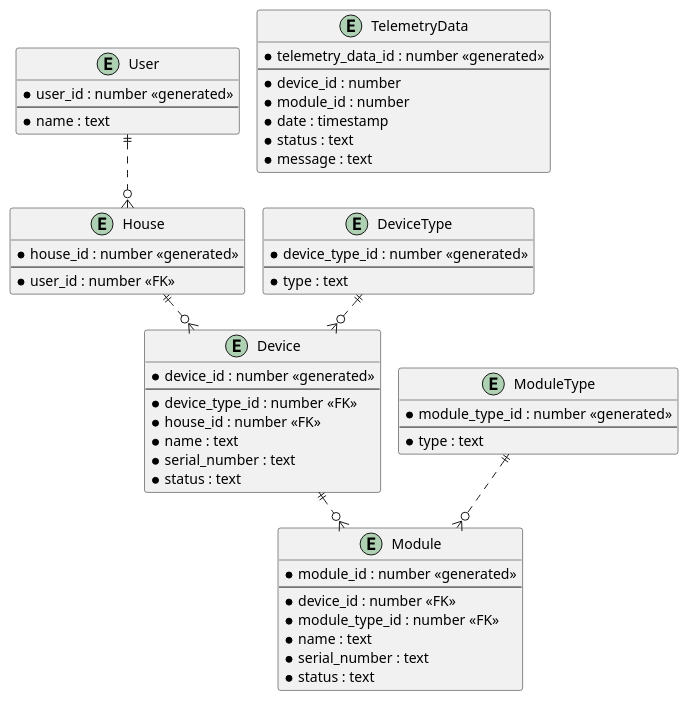
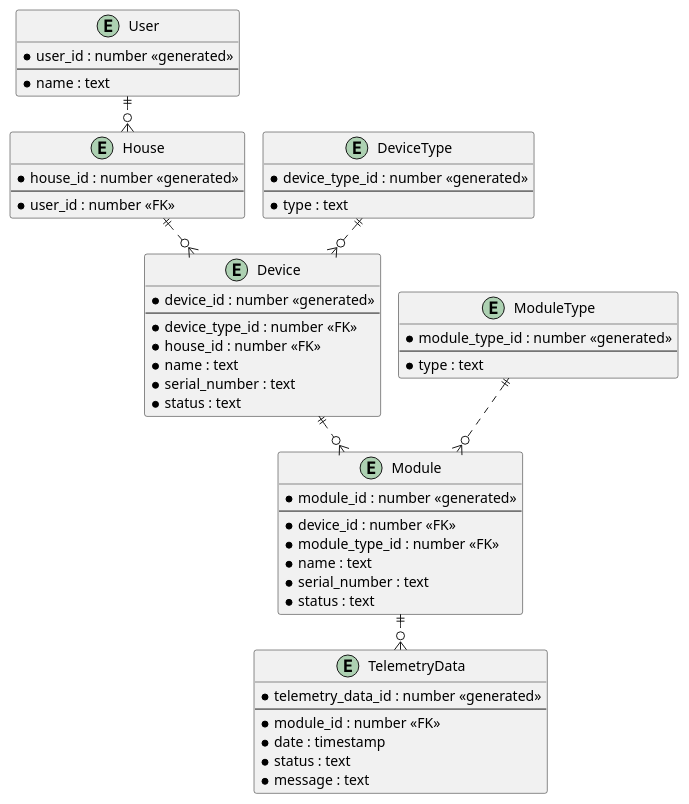
Before and after one commit to lermakova/architecture-sprint-3: the diagram in diagrams/ERD.puml, drawn with PlantUML. The commit also changed 3 other files, not shown here.

Commit message:
Исправлены замечания; Добавлен анализ монолита, описаны домены, исправлены диаграммы

```diff
--- a/diagrams/ERD.puml
+++ b/diagrams/ERD.puml
@@ -1,68 +1,69 @@
 @startuml
 !pragma layout smetana
 ' hide the spot
 ' hide circle
 
 ' avoid problems with angled crows feet
 skinparam linetype ortho
 
 entity "User" as user {
   *user_id : number <<generated>>
   --
   *name : text
 }
 
 entity "House" as house {
   *house_id : number <<generated>>
   --
   *user_id : number <<FK>>
 }
 
 entity "DeviceType" as device_type {
   *device_type_id : number <<generated>>
   --
   *type : text
 }
 
 entity "ModuleType" as module_type {
   *module_type_id : number <<generated>>
   --
   *type : text
 }
 
 entity "Device" as device {
   *device_id : number <<generated>>
   --
   *device_type_id : number <<FK>>
   *house_id : number <<FK>>
   *name : text
   *serial_number : text
   *status : text
 }
 
 entity "Module" as module {
   *module_id : number <<generated>>
   --
   *device_id : number <<FK>>
   *module_type_id : number <<FK>>
   *name : text
   *serial_number : text
   *status : text
 }
 
 entity "TelemetryData" as telemetry_data {
   *telemetry_data_id : number <<generated>>
   --
-  *device_id : number 
-  *module_id : number
+  *module_id : number <<FK>>
   *date : timestamp
   *status : text
   *message : text
 }
 
 user ||..o{ house
 house ||..o{ device
 device_type ||..o{ device
 device ||..o{ module
 module_type ||..o{ module
+module ||..o{ telemetry_data
+
 @enduml
```
